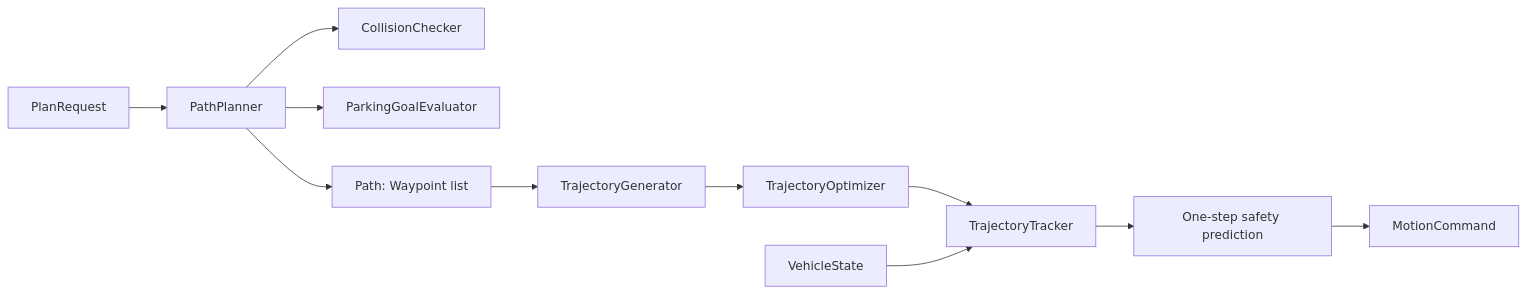
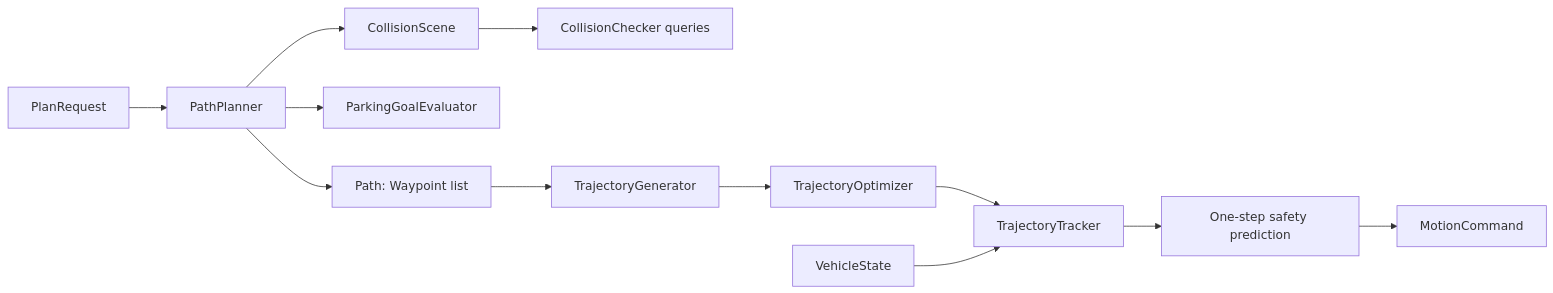
Before and after one commit to knmitri/ADASenv: the diagram in docs/ADAS_STACK_ARCHITECTURE.md, drawn with Mermaid. The commit also changed other lines of this file and 11 other files, not shown here.

Commit message:
Separate collision scene from collision queries

````diff
--- a/docs/ADAS_STACK_ARCHITECTURE.md
+++ b/docs/ADAS_STACK_ARCHITECTURE.md
@@ -45,13 +46,14 @@
 ```mermaid
 flowchart LR
     request[PlanRequest] --> planner[PathPlanner]
-    planner --> collision[CollisionChecker]
+    planner --> scene[CollisionScene]
+    scene --> collision[CollisionChecker queries]
     planner --> goal[ParkingGoalEvaluator]
     planner --> path[Path: Waypoint list]
     path --> trajectory[TrajectoryGenerator]
     trajectory --> optimizer[TrajectoryOptimizer]
     optimizer --> tracker[TrajectoryTracker]
     state[VehicleState] --> tracker
     tracker --> safety[One-step safety prediction]
     safety --> command[MotionCommand]
 ```
````
